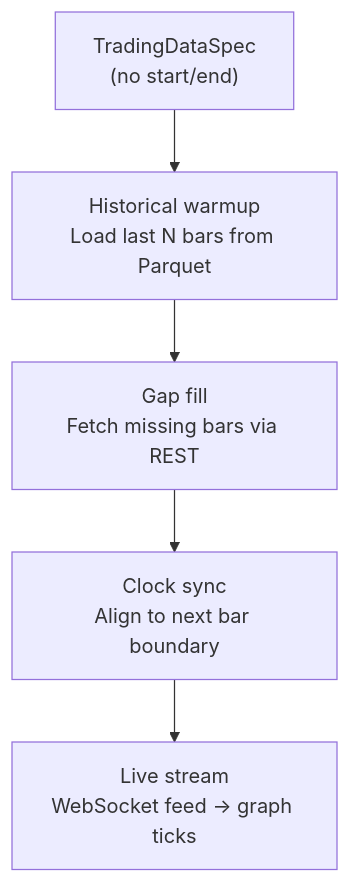
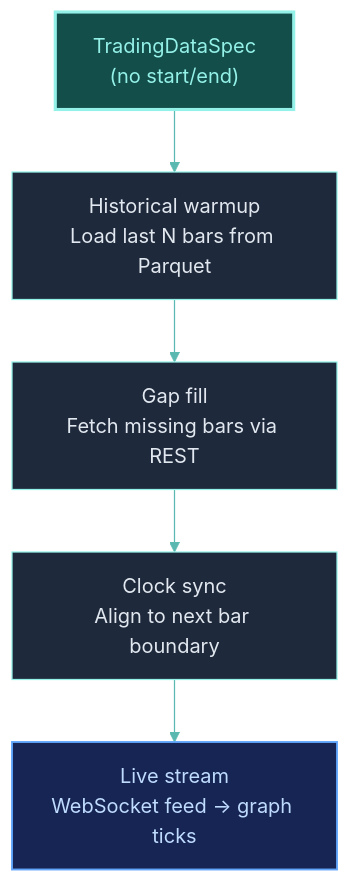
The third of 3 diagrams in engine/data-system.mdx (Clypt/docs), drawn with Mermaid before and after one commit. The commit also changed other lines of this file and 73 other files, not shown here.

````diff
--- a/engine/data-system.mdx
+++ b/engine/data-system.mdx
@@ -175,7 +187,14 @@
 ```mermaid
+%%{init: {'theme': 'base', 'themeVariables': { 'primaryColor': '#1e293b', 'primaryTextColor': '#e2e8f0', 'primaryBorderColor': '#94F1E8', 'lineColor': '#5bb8b0', 'clusterBkg': '#0f172a', 'clusterBorder': '#1e3a3a', 'titleColor': '#94F1E8', 'edgeLabelBackground': 'transparent' }}}%%
 flowchart TB
+    classDef highlight fill:#134e4a,stroke:#94F1E8,stroke-width:2.5px,color:#94F1E8
+    classDef action fill:#172554,stroke:#60a5fa,stroke-width:1.5px,color:#bfdbfe
+
     A["TradingDataSpec<br>(no start/end)"] --> B["Historical warmup<br>Load last N bars from Parquet"]
     B --> C["Gap fill<br>Fetch missing bars via REST"]
     C --> D["Clock sync<br>Align to next bar boundary"]
     D --> E["Live stream<br>WebSocket feed → graph ticks"]
+
+    class A highlight
+    class E action
 ```
````
